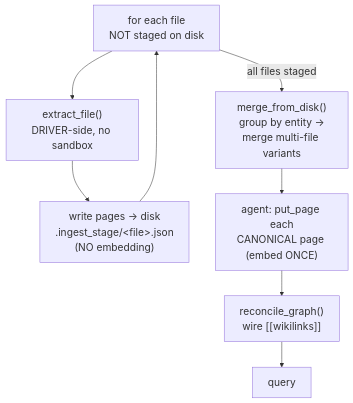
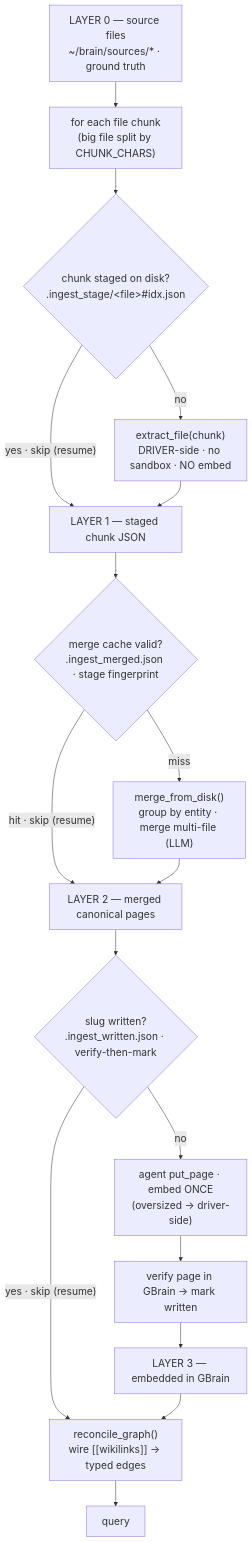
One commit to shaneliuyx/agent-development-curriculum changed the fourth of 4 diagrams in Week 3.5.96 - Self-Wiring Memory (GBrain).md. Above: the diagram before and after it, drawn with Mermaid. The commit also changed other lines of this file, not shown here.

Commit message:
docs(w3.5.96): redraw Phase 8 diagram to show the 4 resumable layers + checkpoints
Replace the flat flowchart with a layered one: LAYER 0 source → 1 staged chunk →
2 merged canonical → 3 embedded, each gated by a checkpoint diamond (chunk staged?
/ merge cache valid? / slug written?) whose 'yes' arrow = skip-on-resume. Shows
chunking, driver-side extract, merge cache, verify-then-mark — the resumable story.

````diff
--- a/Week 3.5.96 - Self-Wiring Memory (GBrain).md
+++ b/Week 3.5.96 - Self-Wiring Memory (GBrain).md
@@ -1102,11 +1104,21 @@
 ```mermaid
 %%{init: {'theme':'default', 'themeVariables': {'fontSize':'20px'}}}%%
 flowchart TD
-  F["for each file<br/>NOT staged on disk"] --> E["extract_file()<br/>DRIVER-side, no sandbox"]
-  E --> S["write pages → disk<br/>.ingest_stage/&lt;file&gt;.json<br/>(NO embedding)"]
-  S --> F
-  F -->|"all files staged"| M["merge_from_disk()<br/>group by entity →<br/>merge multi-file variants"]
-  M --> W["agent: put_page each<br/>CANONICAL page (embed ONCE)"]
-  W --> R["reconcile_graph()<br/>wire [[wikilinks]]"]
-  R --> Q["query"]
+  L0["LAYER 0 — source files<br/>~/brain/sources/* · ground truth"]
+  L0 --> LOOP["for each file chunk<br/>(big file split by CHUNK_CHARS)"]
+  LOOP --> C1{"chunk staged on disk?<br/>.ingest_stage/&lt;file&gt;#idx.json"}
+  C1 -->|"yes · skip (resume)"| L1
+  C1 -->|"no"| EX["extract_file(chunk)<br/>DRIVER-side · no sandbox · NO embed"]
+  EX --> L1["LAYER 1 — staged chunk JSON"]
+  L1 --> C2{"merge cache valid?<br/>.ingest_merged.json · stage fingerprint"}
+  C2 -->|"hit · skip (resume)"| L2
+  C2 -->|"miss"| MG["merge_from_disk()<br/>group by entity · merge multi-file (LLM)"]
+  MG --> L2["LAYER 2 — merged canonical pages"]
+  L2 --> C3{"slug written?<br/>.ingest_written.json · verify-then-mark"}
+  C3 -->|"yes · skip (resume)"| RC
+  C3 -->|"no"| PUT["agent put_page · embed ONCE<br/>(oversized → driver-side)"]
+  PUT --> VER["verify page in GBrain → mark written"]
+  VER --> L3["LAYER 3 — embedded in GBrain"]
+  L3 --> RC["reconcile_graph()<br/>wire [[wikilinks]] → typed edges"]
+  RC --> Q["query"]
 ```
````
